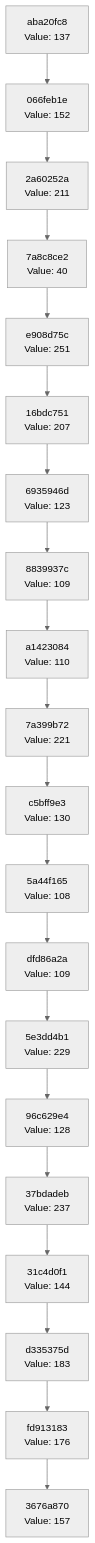
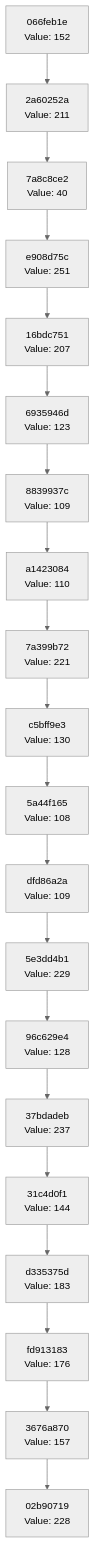
Before and after one commit to Abhisheksinha1506/hash-chain-evolver: the diagram in docs/CHAIN_VISUALIZATION.md, drawn with Mermaid (neutral theme). The commit also changed 3 other files, not shown here.

````diff
--- a/docs/CHAIN_VISUALIZATION.md
+++ b/docs/CHAIN_VISUALIZATION.md
@@ -3,42 +3,42 @@
 ```mermaid
 graph TD
-    C0["3676a870<br/>Value: 157"]
-    C1["fd913183<br/>Value: 176"]
+    C0["02b90719<br/>Value: 228"]
+    C1["3676a870<br/>Value: 157"]
     C1 --> C0
-    C2["d335375d<br/>Value: 183"]
+    C2["fd913183<br/>Value: 176"]
     C2 --> C1
-    C3["31c4d0f1<br/>Value: 144"]
+    C3["d335375d<br/>Value: 183"]
     C3 --> C2
-    C4["37bdadeb<br/>Value: 237"]
+    C4["31c4d0f1<br/>Value: 144"]
     C4 --> C3
-    C5["96c629e4<br/>Value: 128"]
+    C5["37bdadeb<br/>Value: 237"]
     C5 --> C4
-    C6["5e3dd4b1<br/>Value: 229"]
+    C6["96c629e4<br/>Value: 128"]
     C6 --> C5
-    C7["dfd86a2a<br/>Value: 109"]
+    C7["5e3dd4b1<br/>Value: 229"]
     C7 --> C6
-    C8["5a44f165<br/>Value: 108"]
+    C8["dfd86a2a<br/>Value: 109"]
     C8 --> C7
-    C9["c5bff9e3<br/>Value: 130"]
+    C9["5a44f165<br/>Value: 108"]
     C9 --> C8
-    C10["7a399b72<br/>Value: 221"]
+    C10["c5bff9e3<br/>Value: 130"]
     C10 --> C9
-    C11["a1423084<br/>Value: 110"]
+    C11["7a399b72<br/>Value: 221"]
     C11 --> C10
-    C12["8839937c<br/>Value: 109"]
+    C12["a1423084<br/>Value: 110"]
     C12 --> C11
-    C13["6935946d<br/>Value: 123"]
+    C13["8839937c<br/>Value: 109"]
     C13 --> C12
-    C14["16bdc751<br/>Value: 207"]
+    C14["6935946d<br/>Value: 123"]
     C14 --> C13
-    C15["e908d75c<br/>Value: 251"]
+    C15["16bdc751<br/>Value: 207"]
     C15 --> C14
-    C16["7a8c8ce2<br/>Value: 40"]
+    C16["e908d75c<br/>Value: 251"]
     C16 --> C15
-    C17["2a60252a<br/>Value: 211"]
+    C17["7a8c8ce2<br/>Value: 40"]
     C17 --> C16
-    C18["066feb1e<br/>Value: 152"]
+    C18["2a60252a<br/>Value: 211"]
     C18 --> C17
-    C19["aba20fc8<br/>Value: 137"]
+    C19["066feb1e<br/>Value: 152"]
     C19 --> C18
 ```
````
